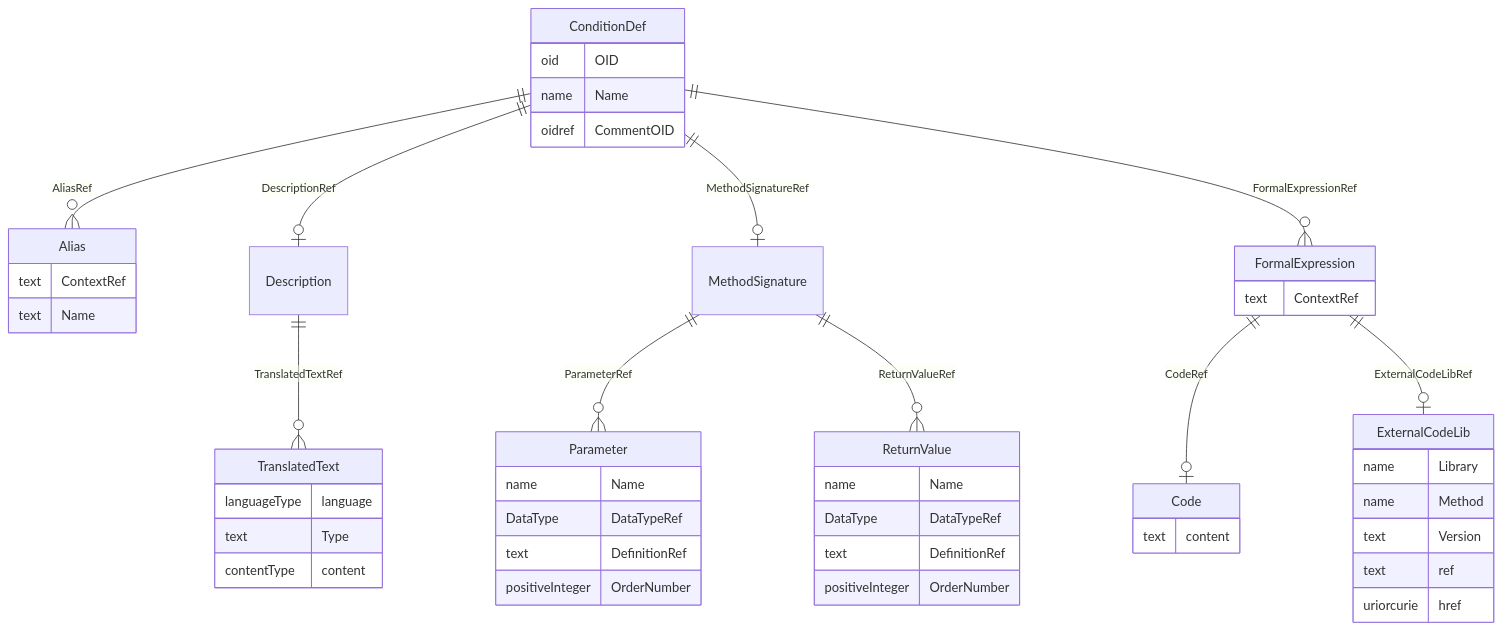
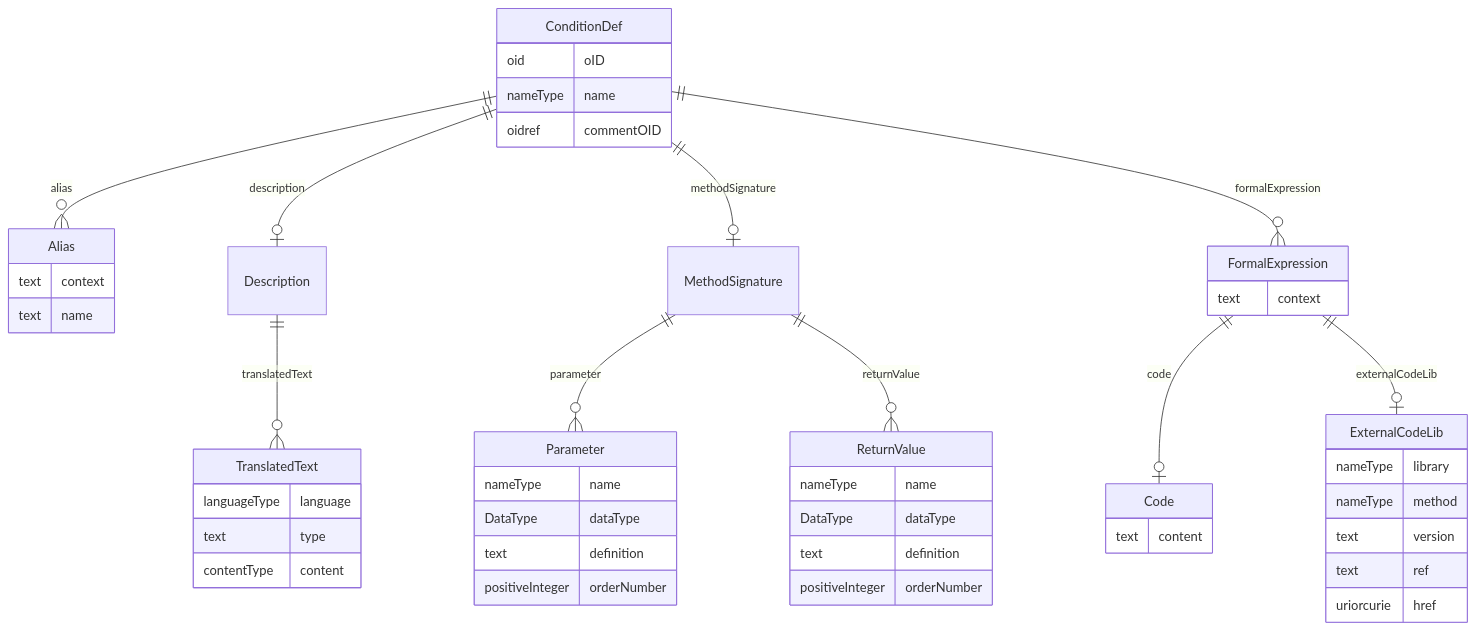
The diagram in docs/ConditionDef.md (cdisc-org/DataExchange-ODM-LinkML), drawn with Mermaid before and after one commit. The commit also changed other lines of this file and 759 other files, not shown here.

````diff
--- a/docs/ConditionDef.md
+++ b/docs/ConditionDef.md
@@ -11,59 +11,59 @@
 ```mermaid
 erDiagram
 ConditionDef {
-    oid OID  
-    name Name  
-    oidref CommentOID  
+    oid oID  
+    nameType name  
+    oidref commentOID  
 }
 Alias {
-    text ContextRef  
-    text Name  
+    text context  
+    text name  
 }
 FormalExpression {
-    text ContextRef  
+    text context  
 }
 ExternalCodeLib {
-    name Library  
-    name Method  
-    text Version  
+    nameType library  
+    nameType method  
+    text version  
     text ref  
     uriorcurie href  
 }
 Code {
     text content  
 }
 MethodSignature {
 
 }
 ReturnValue {
-    name Name  
-    DataType DataTypeRef  
-    text DefinitionRef  
-    positiveInteger OrderNumber  
+    nameType name  
+    DataType dataType  
+    text definition  
+    positiveInteger orderNumber  
 }
 Parameter {
-    name Name  
-    DataType DataTypeRef  
-    text DefinitionRef  
-    positiveInteger OrderNumber  
+    nameType name  
+    DataType dataType  
+    text definition  
+    positiveInteger orderNumber  
 }
 Description {
 
 }
 TranslatedText {
     languageType language  
-    text Type  
+    text type  
     contentType content  
 }
 
-ConditionDef ||--|o Description : "DescriptionRef"
-ConditionDef ||--|o MethodSignature : "MethodSignatureRef"
-ConditionDef ||--}o FormalExpression : "FormalExpressionRef"
-ConditionDef ||--}o Alias : "AliasRef"
-FormalExpression ||--|o Code : "CodeRef"
-FormalExpression ||--|o ExternalCodeLib : "ExternalCodeLibRef"
-MethodSignature ||--}o Parameter : "ParameterRef"
-MethodSignature ||--}o ReturnValue : "ReturnValueRef"
-Description ||--}o TranslatedText : "TranslatedTextRef"
+ConditionDef ||--|o Description : "description"
+ConditionDef ||--|o MethodSignature : "methodSignature"
+ConditionDef ||--}o FormalExpression : "formalExpression"
+ConditionDef ||--}o Alias : "alias"
+FormalExpression ||--|o Code : "code"
+FormalExpression ||--|o ExternalCodeLib : "externalCodeLib"
+MethodSignature ||--}o Parameter : "parameter"
+MethodSignature ||--}o ReturnValue : "returnValue"
+Description ||--}o TranslatedText : "translatedText"
 
 ```
````
